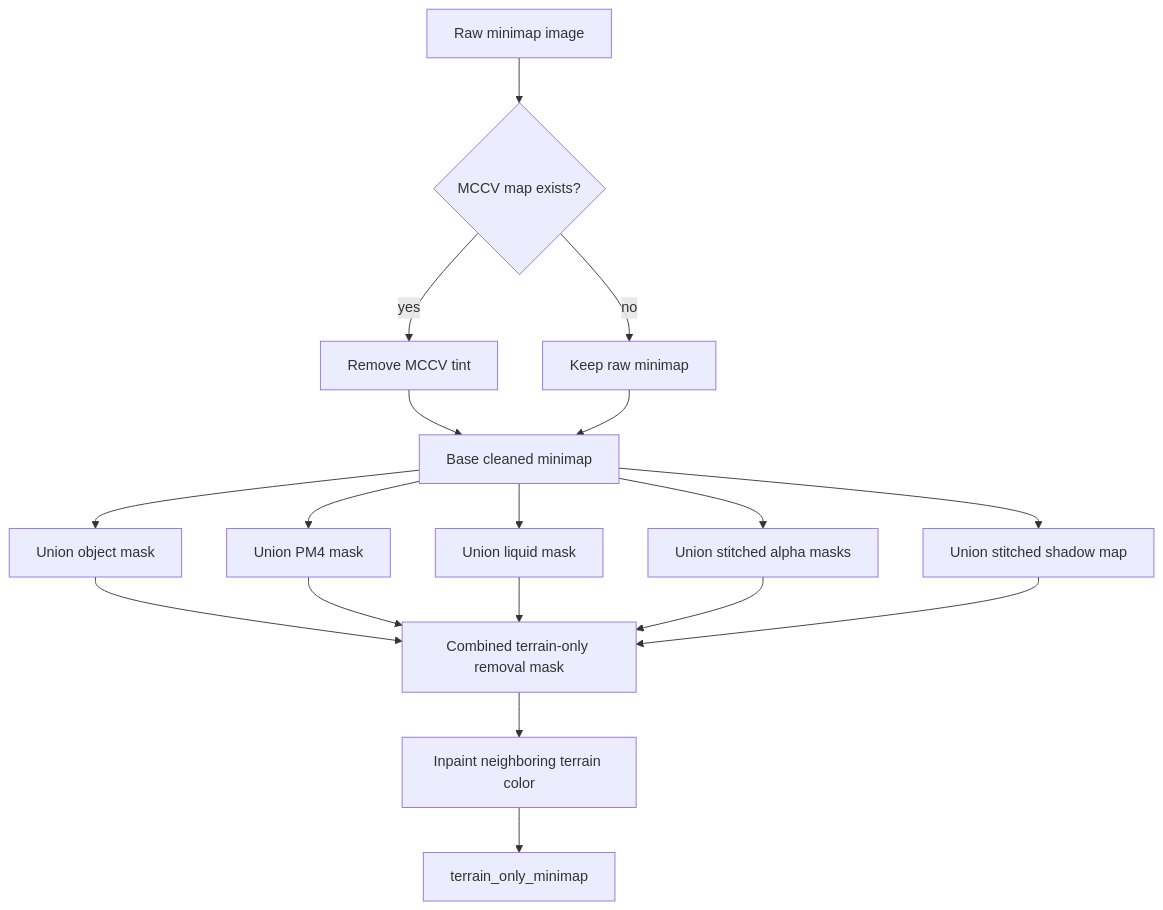
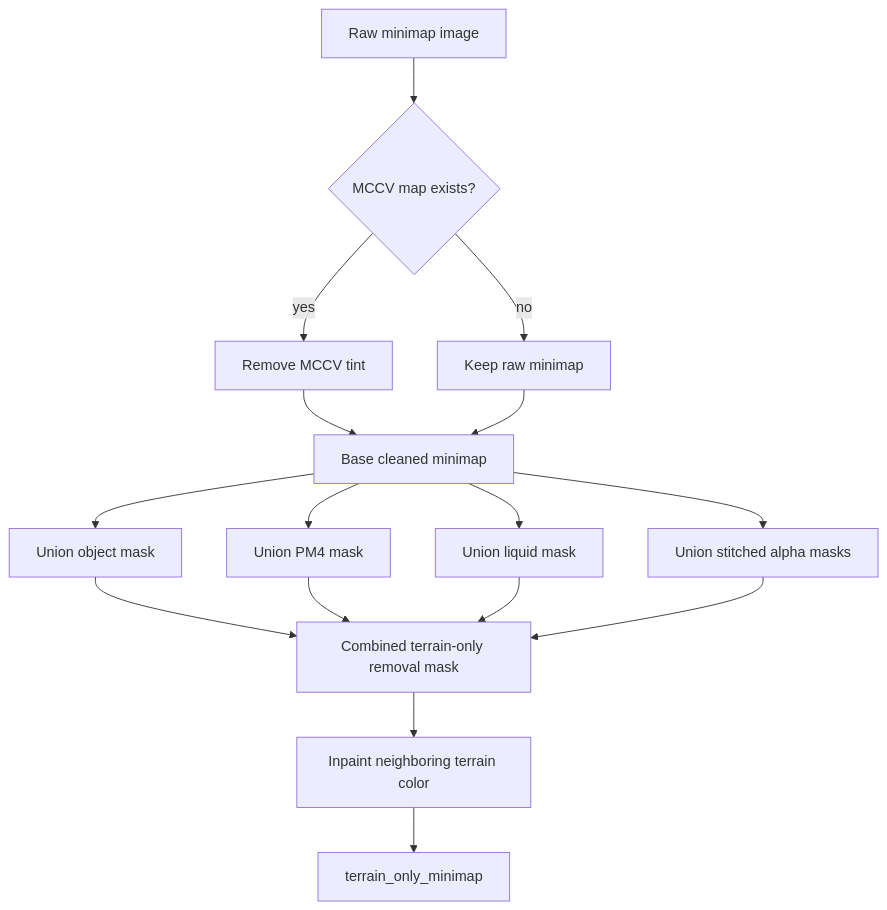
One commit to akspa0/parp-tools changed the first of 2 diagrams in gillijimproject_refactor/docs/v75-model-architecture-guide.md. Above: the diagram before and after it, drawn with Mermaid. The commit also changed other lines of this file and 8 other files, not shown here.

````diff
--- a/gillijimproject_refactor/docs/v75-model-architecture-guide.md
+++ b/gillijimproject_refactor/docs/v75-model-architecture-guide.md
@@ -73,20 +73,18 @@
 ```mermaid
 flowchart TD
     A[Raw minimap image] --> B{MCCV map exists?}
     B -->|yes| C[Remove MCCV tint]
     B -->|no| D[Keep raw minimap]
     C --> E[Base cleaned minimap]
     D --> E
     E --> F[Union object mask]
     E --> G[Union PM4 mask]
     E --> H[Union liquid mask]
     E --> I[Union stitched alpha masks]
-    E --> J[Union stitched shadow map]
     F --> K[Combined terrain-only removal mask]
     G --> K
     H --> K
     I --> K
-    J --> K
     K --> L[Inpaint neighboring terrain color]
     L --> M[terrain_only_minimap]
 ```
````
